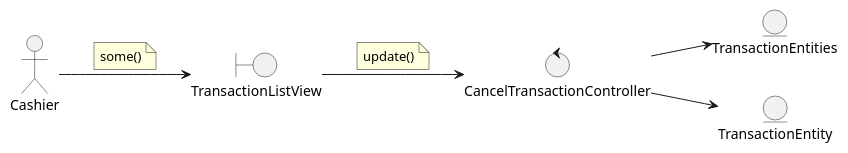
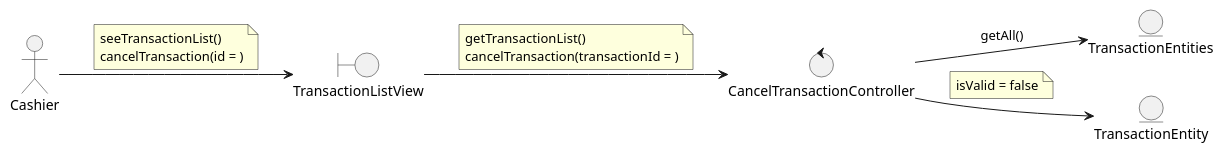
The diagram in DesignView/AnalysisView/UseCaseAnalysis/CU73.CancelTransaction/Collaboration.CU73.Analysis.puml (wsmcbl/wsmcbl.doc), drawn with PlantUML before and after one commit.

Commit message:
Refactor: CU73 case

```diff
--- a/DesignView/AnalysisView/UseCaseAnalysis/CU73.CancelTransaction/Collaboration.CU73.Analysis.puml
+++ b/DesignView/AnalysisView/UseCaseAnalysis/CU73.CancelTransaction/Collaboration.CU73.Analysis.puml
@@ -1,32 +1,37 @@
 @startuml
 left to right direction
 
 actor Cashier
 
 boundary TransactionListView
 
 control CancelTransactionController
 
 entity TransactionEntities
 entity TransactionEntity
 
 
 '--- Actor relations ---
 Cashier --> TransactionListView
 note on link
-    some()
+    seeTransactionList()
+    cancelTransaction(id = )
 end note
 
 '--- Views relations ---
 TransactionListView --> CancelTransactionController
 note on link
-    update()
+    getTransactionList()
+    cancelTransaction(transactionId = )
 end note
 
 '--- Controllers relations ---
-CancelTransactionController --> TransactionEntities
+CancelTransactionController --> TransactionEntities : getAll()
 CancelTransactionController --> TransactionEntity
+note on link
+    isValid = false
+end note
 
 '--- Entity relations ---
 
 @enduml
```
